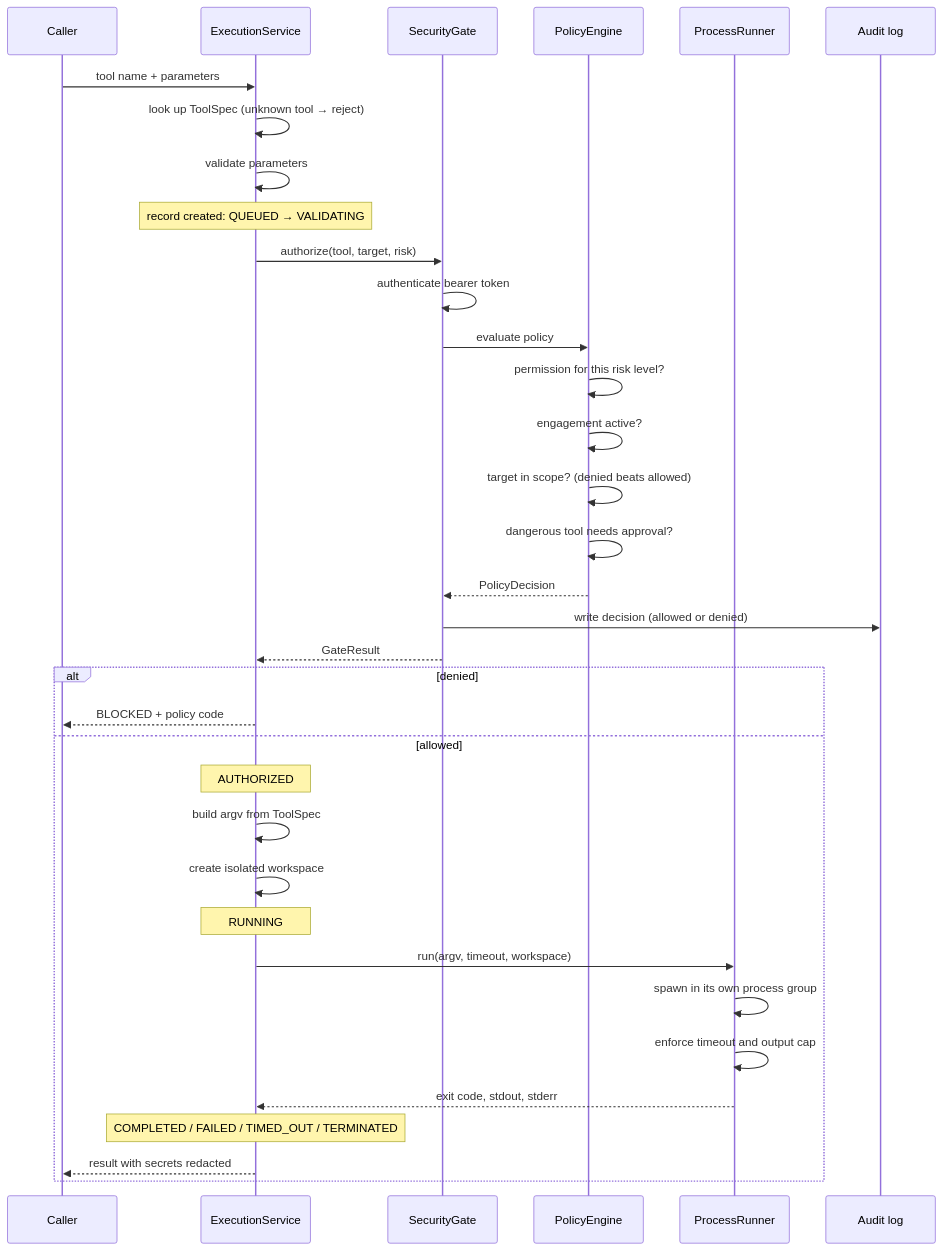
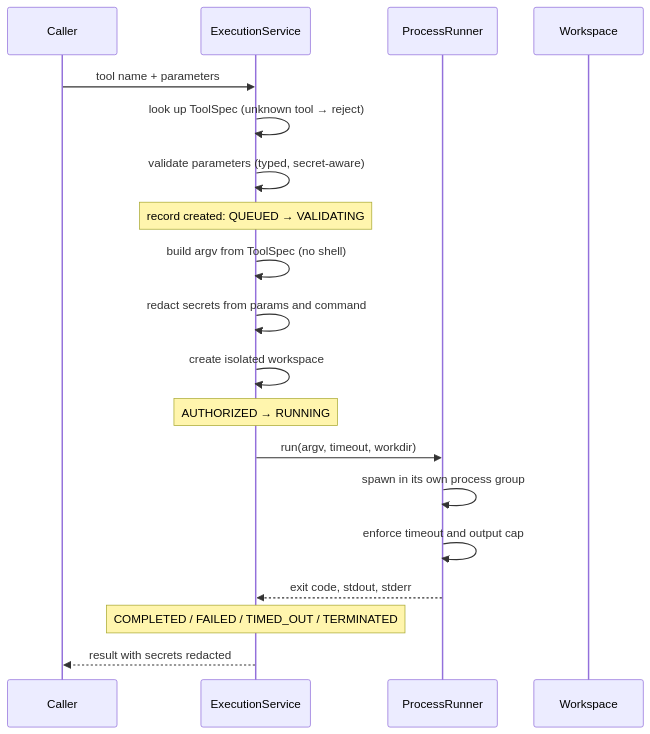
The third of 6 diagrams in docs/architecture.md (Arseno25/nexhunter), drawn with Mermaid before and after one commit. The commit also changed other lines of this file and 56 other files, not shown here.

````diff
--- a/docs/architecture.md
+++ b/docs/architecture.md
@@ -100,40 +91,23 @@
 ```mermaid
 sequenceDiagram
     participant C as Caller
     participant S as ExecutionService
-    participant G as SecurityGate
-    participant P as PolicyEngine
     participant R as ProcessRunner
-    participant A as Audit log
+    participant W as Workspace
 
     C->>S: tool name + parameters
     S->>S: look up ToolSpec (unknown tool → reject)
-    S->>S: validate parameters
+    S->>S: validate parameters (typed, secret-aware)
     Note over S: record created: QUEUED → VALIDATING
 
-    S->>G: authorize(tool, target, risk)
-    G->>G: authenticate bearer token
-    G->>P: evaluate policy
-    P->>P: permission for this risk level?
-    P->>P: engagement active?
-    P->>P: target in scope? (denied beats allowed)
-    P->>P: dangerous tool needs approval?
-    P-->>G: PolicyDecision
-    G->>A: write decision (allowed or denied)
-    G-->>S: GateResult
-
-    alt denied
-        S-->>C: BLOCKED + policy code
-    else allowed
-        Note over S: AUTHORIZED
-        S->>S: build argv from ToolSpec
-        S->>S: create isolated workspace
-        Note over S: RUNNING
-        S->>R: run(argv, timeout, workspace)
-        R->>R: spawn in its own process group
-        R->>R: enforce timeout and output cap
-        R-->>S: exit code, stdout, stderr
-        Note over S: COMPLETED / FAILED / TIMED_OUT / TERMINATED
-        S-->>C: result with secrets redacted
-    end
+    S->>S: build argv from ToolSpec (no shell)
+    S->>S: redact secrets from params and command
+    S->>S: create isolated workspace
+    Note over S: AUTHORIZED → RUNNING
+    S->>R: run(argv, timeout, workdir)
+    R->>R: spawn in its own process group
+    R->>R: enforce timeout and output cap
+    R-->>S: exit code, stdout, stderr
+    Note over S: COMPLETED / FAILED / TIMED_OUT / TERMINATED
+    S-->>C: result with secrets redacted
 ```
````
